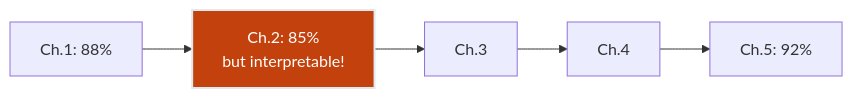
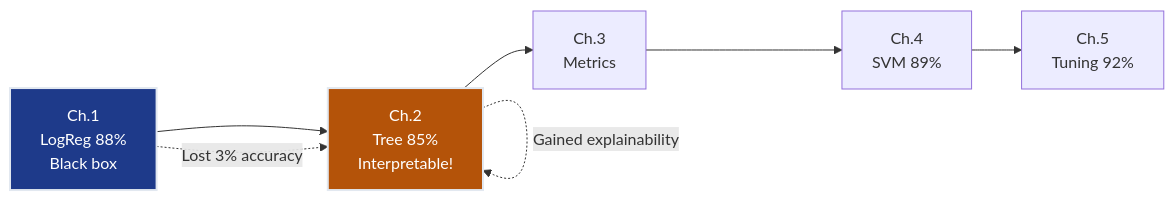
One commit to deepakshamsft/ai-portfolio changed the fifth of 5 diagrams in notes/ML/02_classification/ch02_classical_classifiers/README.md. Above: the diagram before and after it, drawn with Mermaid. The commit also changed other lines of this file and 41 other files, not shown here.

````diff
--- a/notes/ML/02_classification/ch02_classical_classifiers/README.md
+++ b/notes/ML/02_classification/ch02_classical_classifiers/README.md
@@ -236,6 +480,13 @@
 ```mermaid
 graph LR
-    A["Ch.1: 88%"] --> B["Ch.2: 85%<br/>but interpretable!"]
-    B --> C["Ch.3"] --> D["Ch.4"] --> E["Ch.5: 92%"]
-    style B fill:#c2410c,stroke:#e2e8f0,stroke-width:2px,color:#ffffff
+    A["Ch.1<br/>LogReg 88%<br/>Black box"] --> B["Ch.2<br/>Tree 85%<br/>Interpretable!"]
+    B --> C["Ch.3<br/>Metrics"]
+    C --> D["Ch.4<br/>SVM 89%"]
+    D --> E["Ch.5<br/>Tuning 92%"]
+    
+    style A fill:#1e3a8a,stroke:#e2e8f0,stroke-width:2px,color:#ffffff
+    style B fill:#b45309,stroke:#e2e8f0,stroke-width:2px,color:#ffffff
+    
+    A -.->|"Lost 3% accuracy"| B
+    B -.->|"Gained explainability"| B
 ```
````
